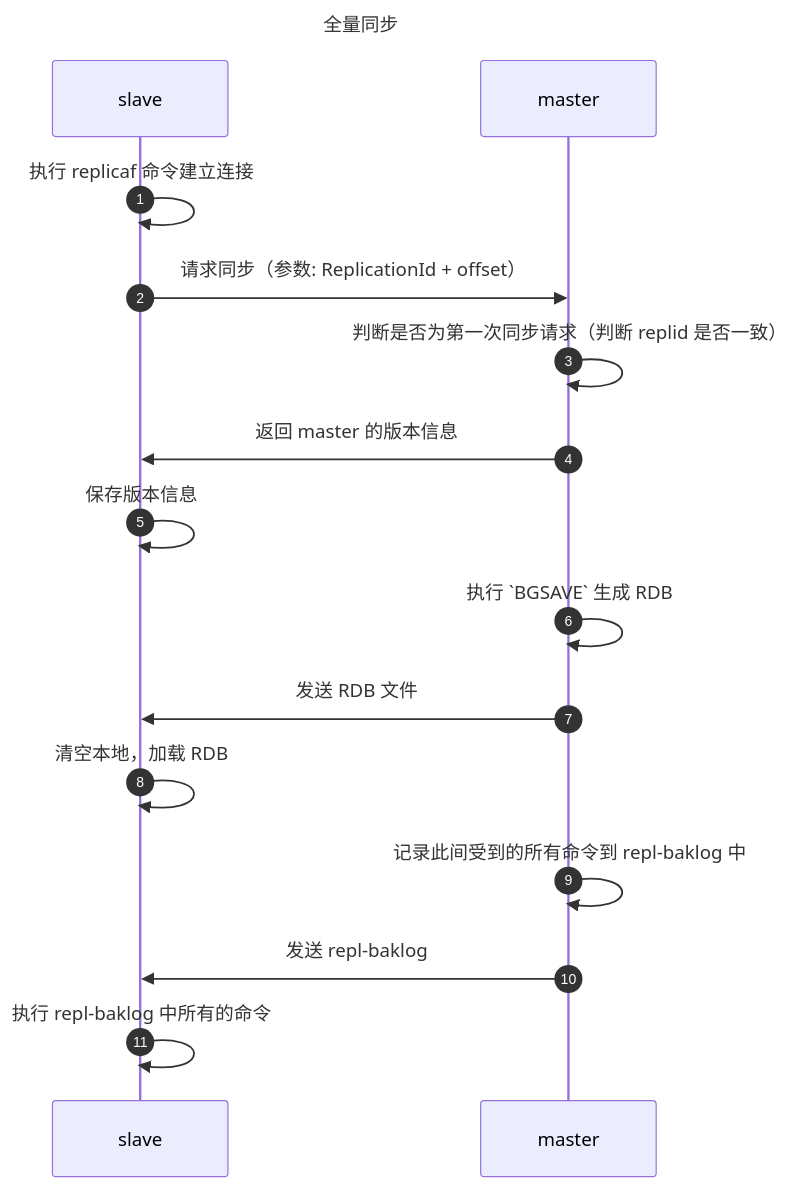
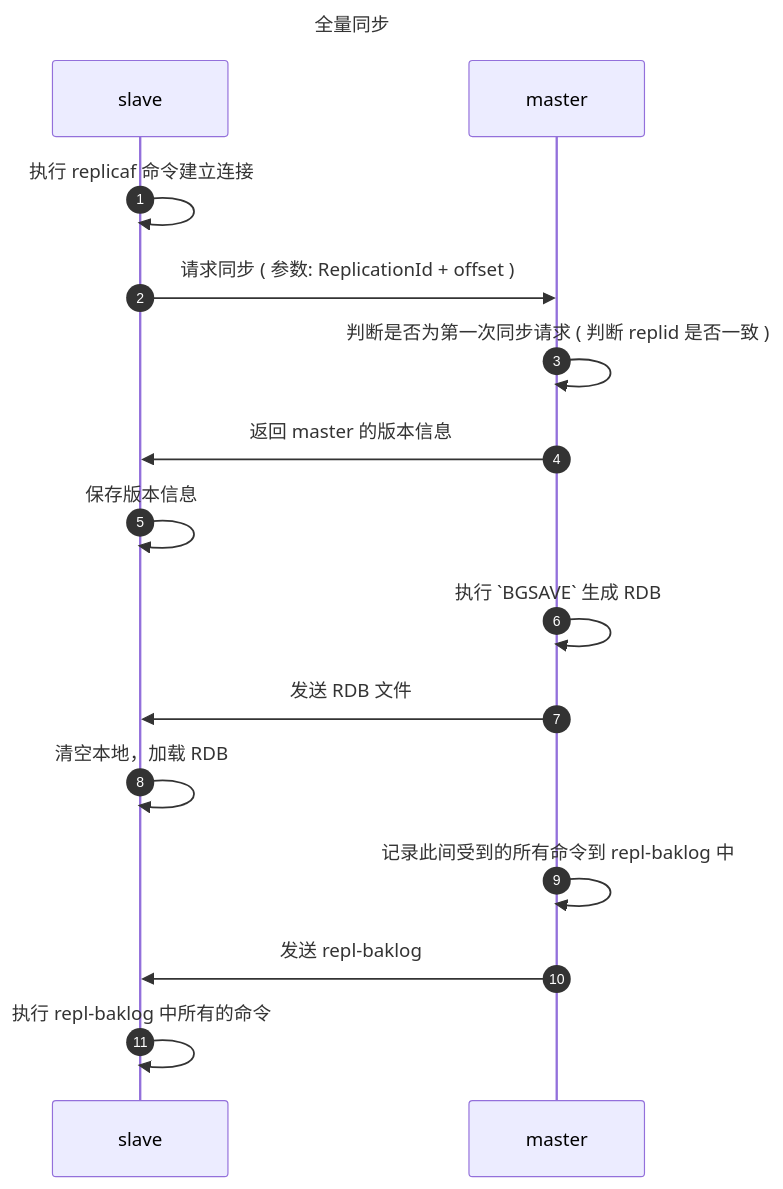
Before and after one commit to dingyuqi/keep-it-simple-site: the first of 2 diagrams in docs/1. 数据库/2024-09-04-Redis 详解.md, drawn with Mermaid. The commit also changed other lines of this file and 112 other files, not shown here.

````diff
--- a/docs/1. 数据库/2024-09-04-Redis 详解.md
+++ b/docs/1. 数据库/2024-09-04-Redis 详解.md
@@ -122,20 +122,20 @@
 ``` mermaid
 ---
 title: 全量同步
 ---
 sequenceDiagram
     autonumber
     slave->>slave: 执行 replicaf 命令建立连接
-    slave->>master: 请求同步（参数: ReplicationId + offset）
-    master->>master: 判断是否为第一次同步请求（判断 replid 是否一致）
+    slave->>master: 请求同步 ( 参数: ReplicationId + offset )
+    master->>master: 判断是否为第一次同步请求 ( 判断 replid 是否一致 )
     master->>slave: 返回 master 的版本信息
     slave->>slave: 保存版本信息
     master->>master: 执行 `BGSAVE` 生成 RDB
 
     master->>slave: 发送 RDB 文件
     slave->>slave: 清空本地，加载 RDB
     master->>master: 记录此间受到的所有命令到 repl-baklog 中
 
     master->>slave: 发送 repl-baklog
     slave->>slave: 执行 repl-baklog 中所有的命令
 ```
````
